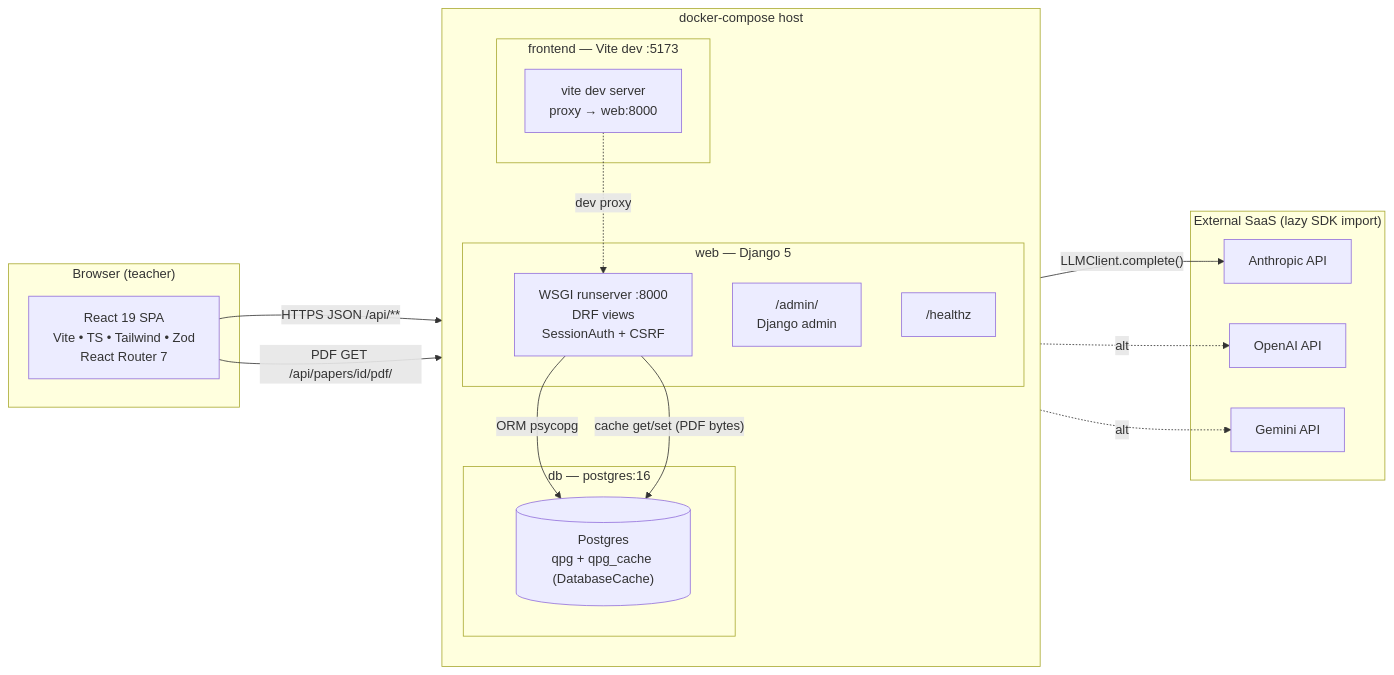
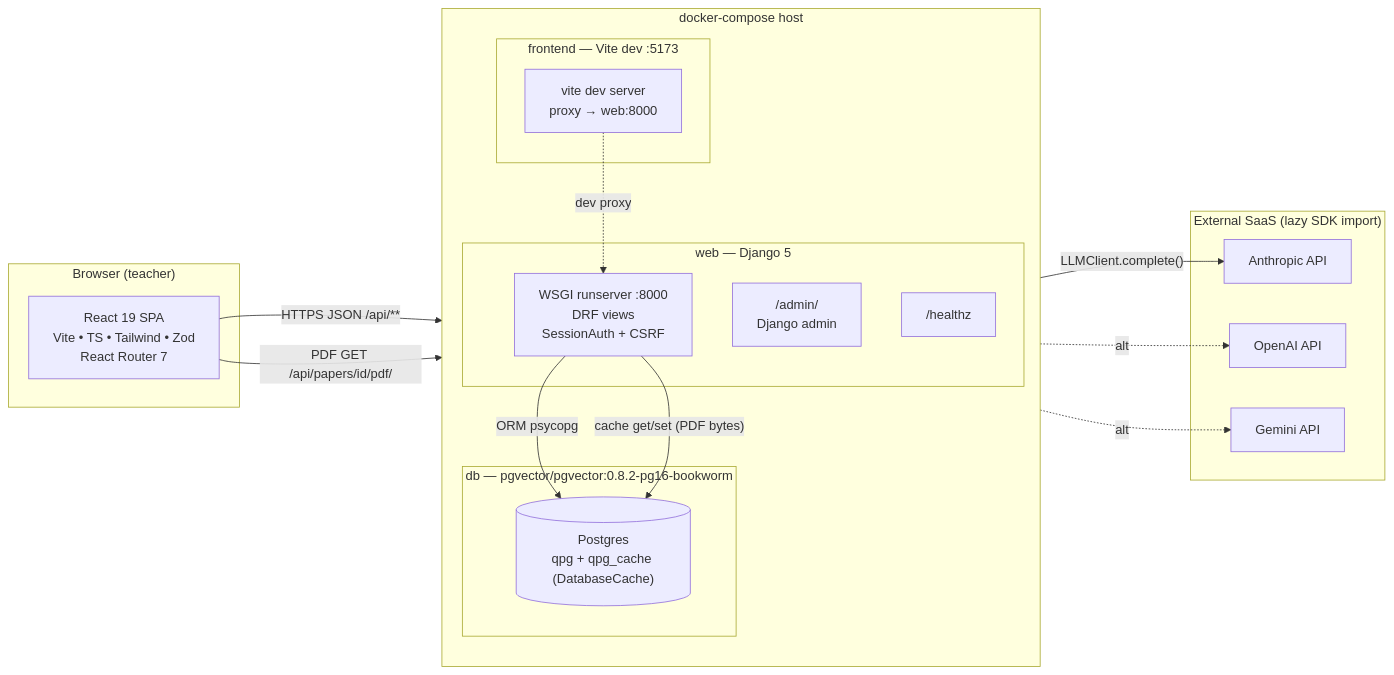
One commit to WizKnight/qs-paper-generator changed the first of 5 diagrams in docs/architecture-diagrams.md. Above: the diagram before and after it, drawn with Mermaid. The commit also changed 30 other files, not shown here.

````diff
--- a/docs/architecture-diagrams.md
+++ b/docs/architecture-diagrams.md
@@ -14,41 +14,41 @@
 ```mermaid
 flowchart LR
   subgraph Browser["Browser (teacher)"]
     FE["React 19 SPA<br/>Vite • TS • Tailwind • Zod<br/>React Router 7"]
   end
 
   subgraph DockerHost["docker-compose host"]
     direction TB
 
     subgraph WebSvc["web — Django 5"]
       DJ["WSGI runserver :8000<br/>DRF views<br/>SessionAuth + CSRF"]
       DJADM["/admin/<br/>Django admin"]
       HZ["/healthz"]
     end
 
-    subgraph DB["db — postgres:16"]
+    subgraph DB["db — pgvector/pgvector:0.8.2-pg16-bookworm"]
       PG[("Postgres<br/>qpg + qpg_cache (DatabaseCache)")]
     end
 
     subgraph FEDev["frontend — Vite dev :5173"]
       VITE["vite dev server<br/>proxy → web:8000"]
     end
   end
 
   subgraph External["External SaaS (lazy SDK import)"]
     AN["Anthropic API"]
     OA["OpenAI API"]
     GM["Gemini API"]
   end
 
   FE -- "HTTPS JSON /api/**" --> VITE
   VITE -. "dev proxy" .-> DJ
   FE -- "PDF GET /api/papers/id/pdf/" --> DJ
 
   DJ -- "ORM psycopg" --> PG
   DJ -- "cache get/set (PDF bytes)" --> PG
 
   DJ -- "LLMClient.complete()" --> AN
   DJ -. alt .-> OA
   DJ -. alt .-> GM
 ```
````
